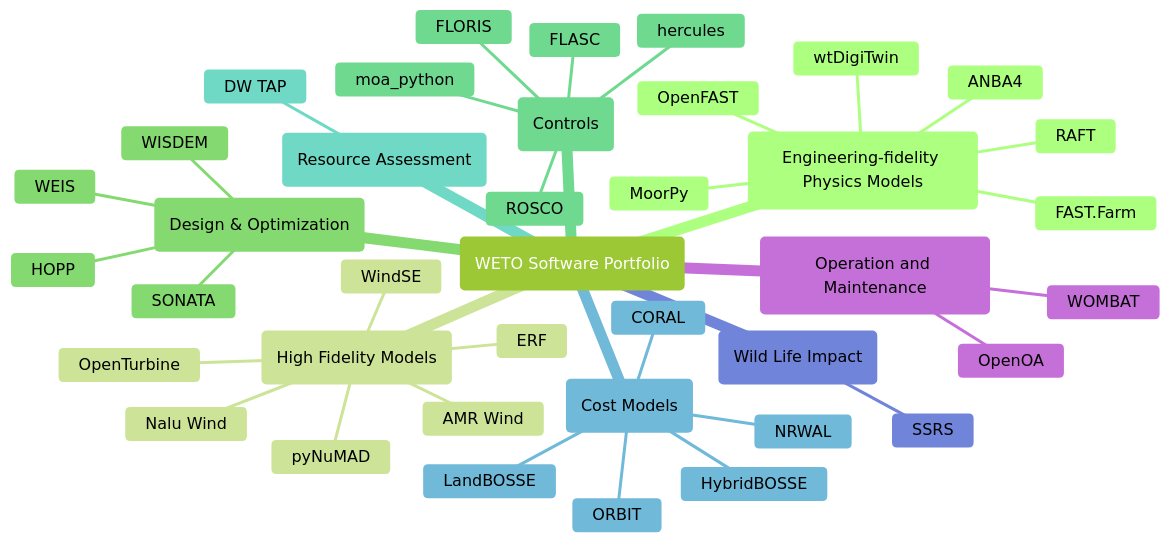
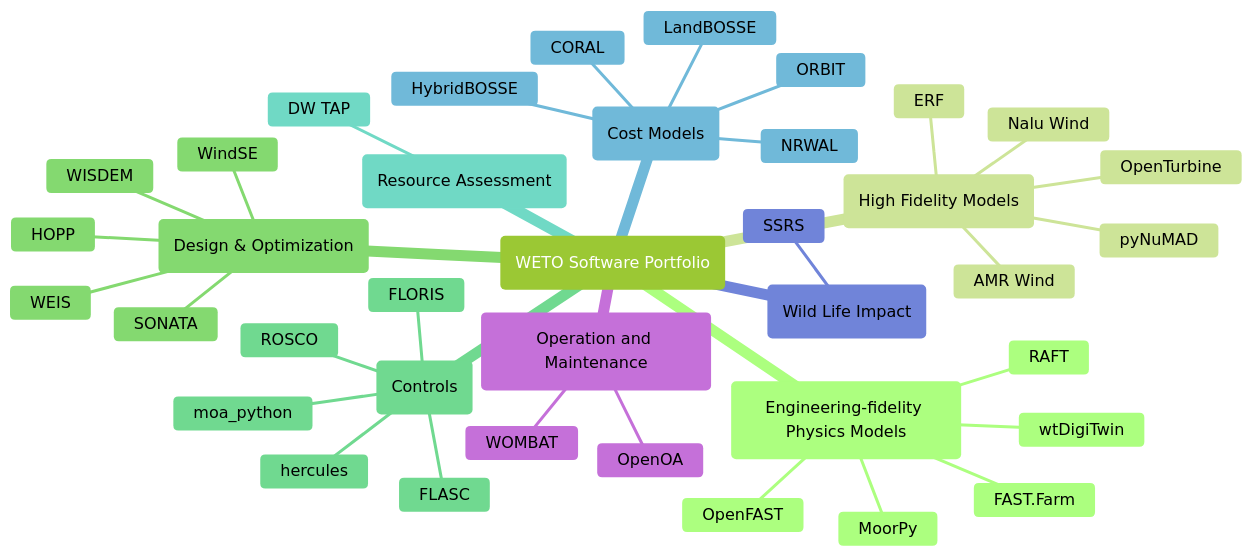
The diagram in _sources/portfolio_analysis/software_list.md (rafmudaf/WETOStack), drawn with Mermaid before and after one commit. The commit also changed other lines of this file and 24 other files, not shown here.

````diff
--- a/_sources/portfolio_analysis/software_list.md
+++ b/_sources/portfolio_analysis/software_list.md
@@ -5,51 +5,50 @@
 ```{mermaid}
 %%{init: { 'logLevel': 'debug', 'theme': 'forest' } }%%
 
 mindmap
     root("WETO Software Portfolio")
         ps(Engineering-fidelity Physics Models)
             OpenFAST
             FAST.Farm
             MoorPy
             wtDigiTwin
-            ANBA4
             RAFT
 
         hfm(High Fidelity Models)
             AMR Wind
             Nalu Wind
             OpenTurbine
             ERF
-            WindSE
             pyNuMAD
 
         do(Design & Optimization)
             WEIS
             WISDEM
+            WindSE
             HOPP
             SONATA
 
         ctrl(Controls)
             ROSCO
             FLORIS
             FLASC
             hercules
             moa_python
 
         ra(Resource Assessment)
             DW TAP
 
         cost(Cost Models)
             LandBOSSE
             HybridBOSSE
             ORBIT
             CORAL
             NRWAL
 
         wild(Wild Life Impact)
             SSRS
 
         om(Operation and Maintenance)
             OpenOA
             WOMBAT
 ```
````
